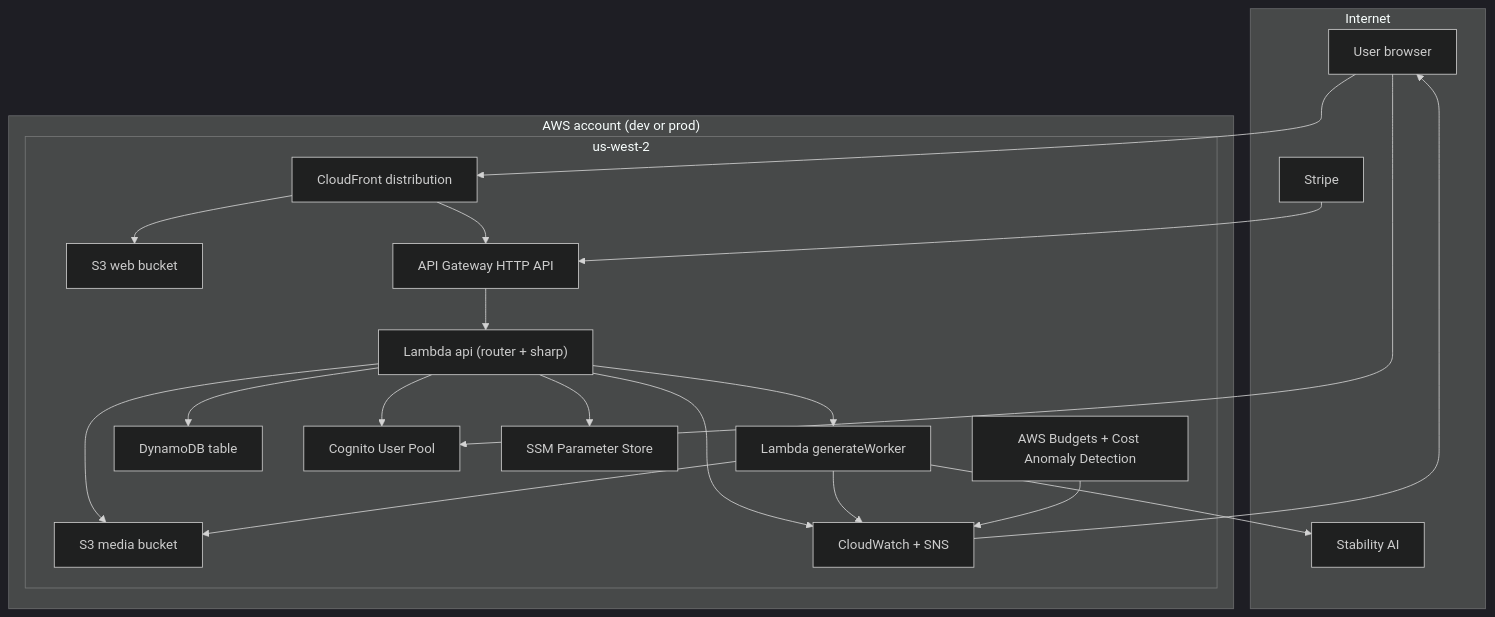
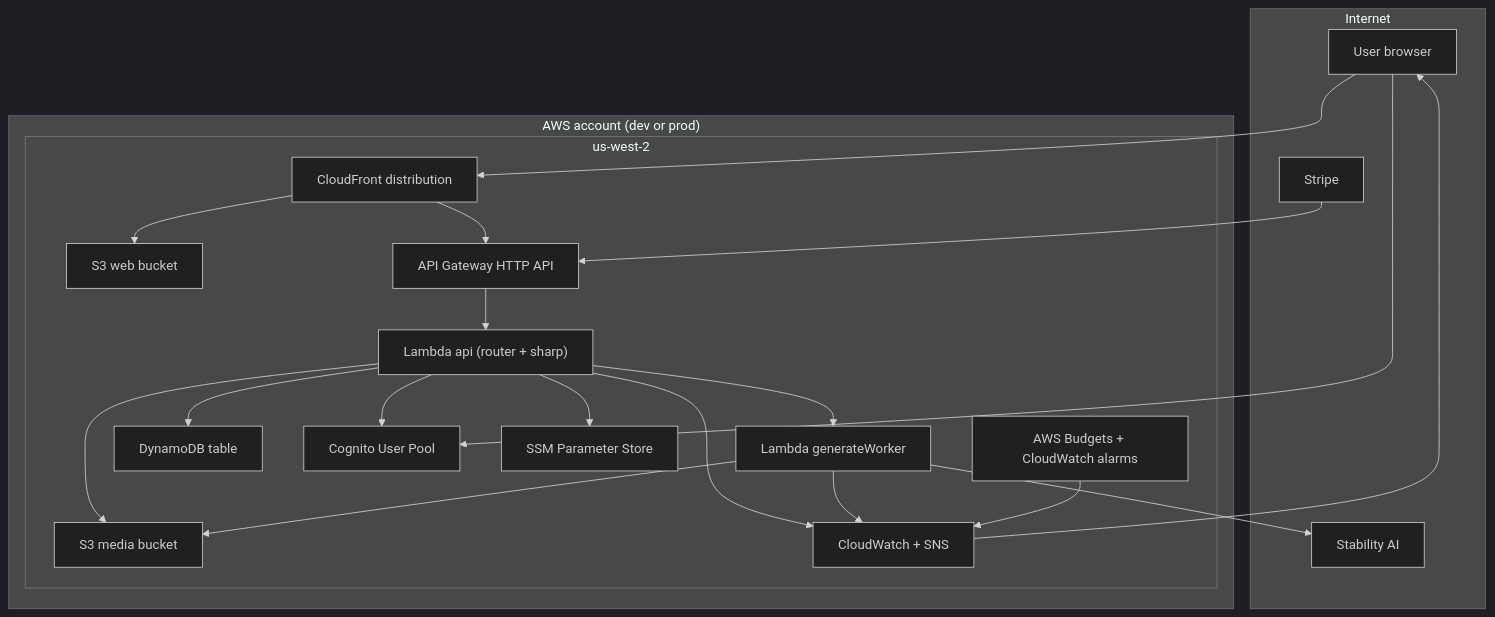
Before and after one commit to tlewismedia/aws-token-designer: the seventh of 7 diagrams in docs/ARCHITECTURE.md, drawn with Mermaid (dark theme). The commit also changed other lines of this file and 8 other files, not shown here.

````diff
--- a/docs/ARCHITECTURE.md
+++ b/docs/ARCHITECTURE.md
@@ -276,42 +276,42 @@
 ```mermaid
 flowchart TB
   subgraph Internet
     User["User browser"]
     Stripe["Stripe"]
     Stability["Stability AI"]
   end
 
   subgraph AWS["AWS account (dev or prod)"]
     subgraph Region["us-west-2"]
       CF["CloudFront distribution"]
       Web["S3 web bucket"]
       API["API Gateway HTTP API"]
       L1["Lambda api (router + sharp)"]
       L2["Lambda generateWorker"]
       DDB["DynamoDB table"]
       Media["S3 media bucket"]
       Cog["Cognito User Pool"]
       SSM["SSM Parameter Store"]
       Obs["CloudWatch + SNS"]
-      Budgets["AWS Budgets + Cost Anomaly Detection"]
+      Budgets["AWS Budgets + CloudWatch alarms"]
     end
   end
 
   User --> CF
   CF --> Web
   CF --> API
   API --> L1
   L1 --> DDB
   L1 --> Media
   L1 --> L2
   L2 --> Stability
   L2 --> Media
   L1 --> Cog
   User --> Cog
   Stripe --> API
   L1 --> SSM
   L1 --> Obs
   L2 --> Obs
   Obs --> User
   Budgets --> Obs
 ```
````
